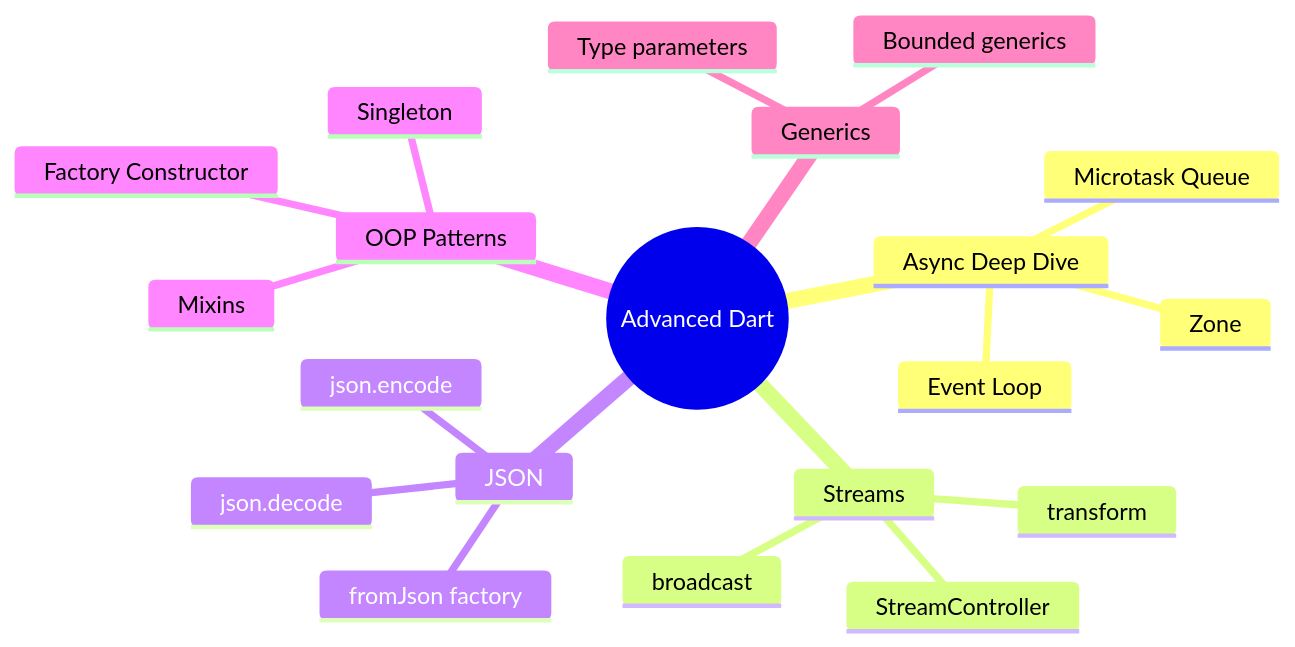
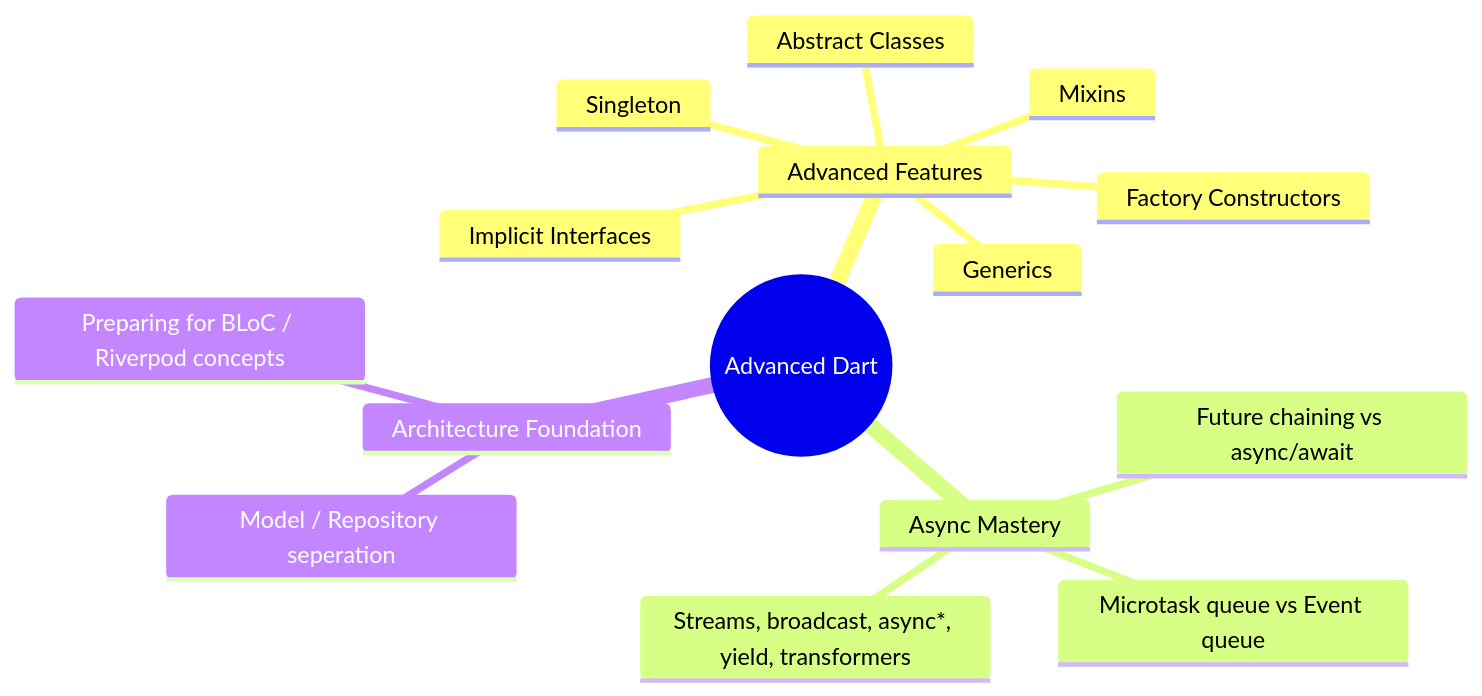
One commit to HuyAnh4258/Obsidian changed the first of 3 diagrams in Flutter/Concepts/3. Advanced Dart.md. Above: the diagram before and after it, drawn with Mermaid. The commit also changed other lines of this file and 366 other files, not shown here.

````diff
--- a/Flutter/Concepts/3. Advanced Dart.md
+++ b/Flutter/Concepts/3. Advanced Dart.md
@@ -23,23 +28,18 @@
 ```mermaid
 mindmap
   root((Advanced Dart))
-    Async Deep Dive
-      Event Loop
-      Microtask Queue
-      Zone
-    Streams
-      StreamController
-      broadcast
-      transform
-    JSON
-      json.encode
-      json.decode
-      fromJson factory
-    OOP Patterns
-      Factory Constructor
+    Advanced Features
+      Abstract Classes
+      Implicit Interfaces
+      Mixins
+      Factory Constructors
+      Generics
       Singleton
-      Mixins
-    Generics
-      Type parameters
-      Bounded generics
+    Async Mastery
+      Microtask queue vs Event queue
+      Future chaining vs async/await
+      Streams, broadcast, async*, yield, transformers
+    Architecture Foundation
+      Model / Repository seperation
+      Preparing for BLoC / Riverpod concepts
 ```
````
